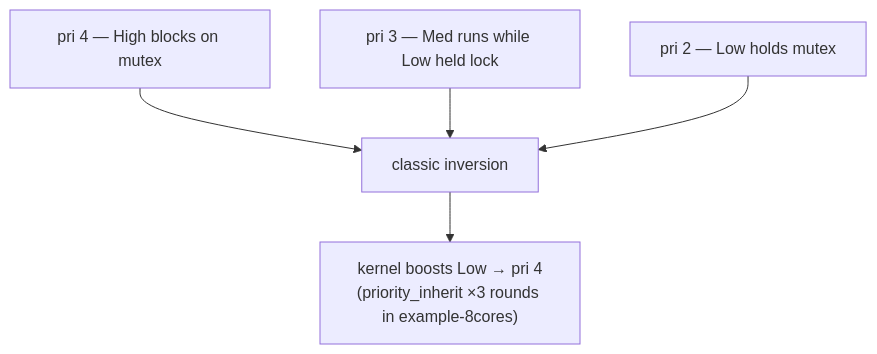
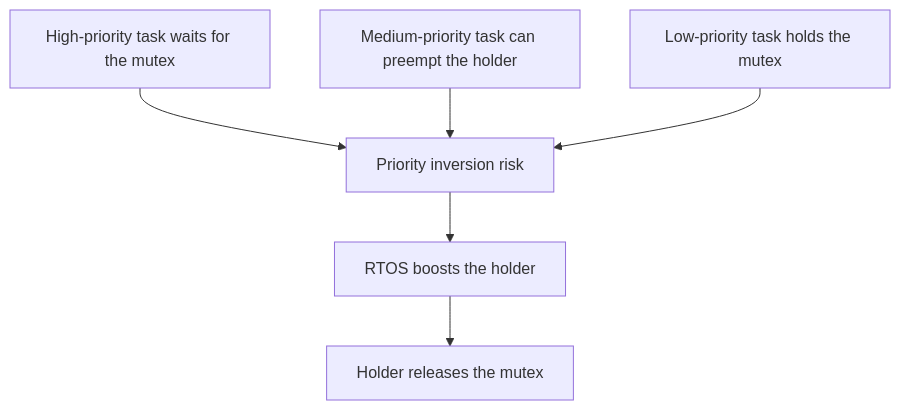
Before and after one commit to kuopinghsu/FreeRTOS-BTF-Trace: the second of 2 diagrams in BTFViewer/STATISTICS.md, drawn with Mermaid. The commit also changed other lines of this file and 112 other files, not shown here.

````diff
--- a/BTFViewer/STATISTICS.md
+++ b/BTFViewer/STATISTICS.md
@@ -1010,10 +304,8 @@
 ```mermaid
 flowchart TD
-  high["pri 4 — High blocks on mutex"]
-  med["pri 3 — Med runs while Low held lock"]
-  low["pri 2 — Low holds mutex"]
-  high --> invert[classic inversion]
-  med --> invert
-  low --> invert
-  invert --> boost["kernel boosts Low → pri 4<br/>(priority_inherit ×3 rounds in example-8cores)"]
+    H["High-priority task waits for the mutex"] --> I["Priority inversion risk"]
+    M["Medium-priority task can preempt the holder"] --> I
+    L["Low-priority task holds the mutex"] --> I
+    I --> B["RTOS boosts the holder"]
+    B --> R["Holder releases the mutex"]
 ```
````
